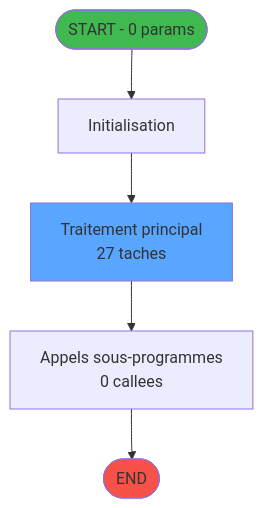
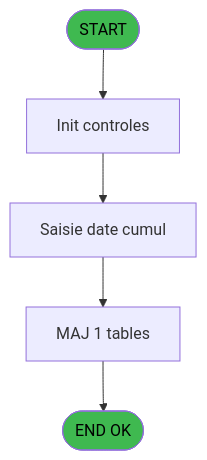
Before and after one commit to thonyAGP/magic-migration: the second of 4 diagrams in .openspec/specs/ADH-IDE-72.md, drawn with Mermaid. The commit also changed other lines of this file and 253 other files, not shown here.

````diff
--- a/.openspec/specs/ADH-IDE-72.md
+++ b/.openspec/specs/ADH-IDE-72.md
@@ -87,14 +1154,14 @@
 ```mermaid
 flowchart TD
-    START([START - 0 params])
-    INIT["Initialisation"]
-    PROCESS["Traitement principal<br/>27 taches"]
-    CALLS["Appels sous-programmes<br/>0 callees"]
-    ENDOK([END])
+    START([START])
+    INIT[Init controles]
+    SAISIE[Saisie date cumul]
+    UPDATE[MAJ 1 tables]
+    ENDOK([END OK])
 
-    START --> INIT --> PROCESS --> CALLS --> ENDOK
+    START --> INIT --> SAISIE
+    SAISIE --> UPDATE --> ENDOK
 
-    style START fill:#3fb950
-    style ENDOK fill:#f85149
-    style PROCESS fill:#58a6ff
+    style START fill:#3fb950,color:#000
+    style ENDOK fill:#3fb950,color:#000
 ```
````
